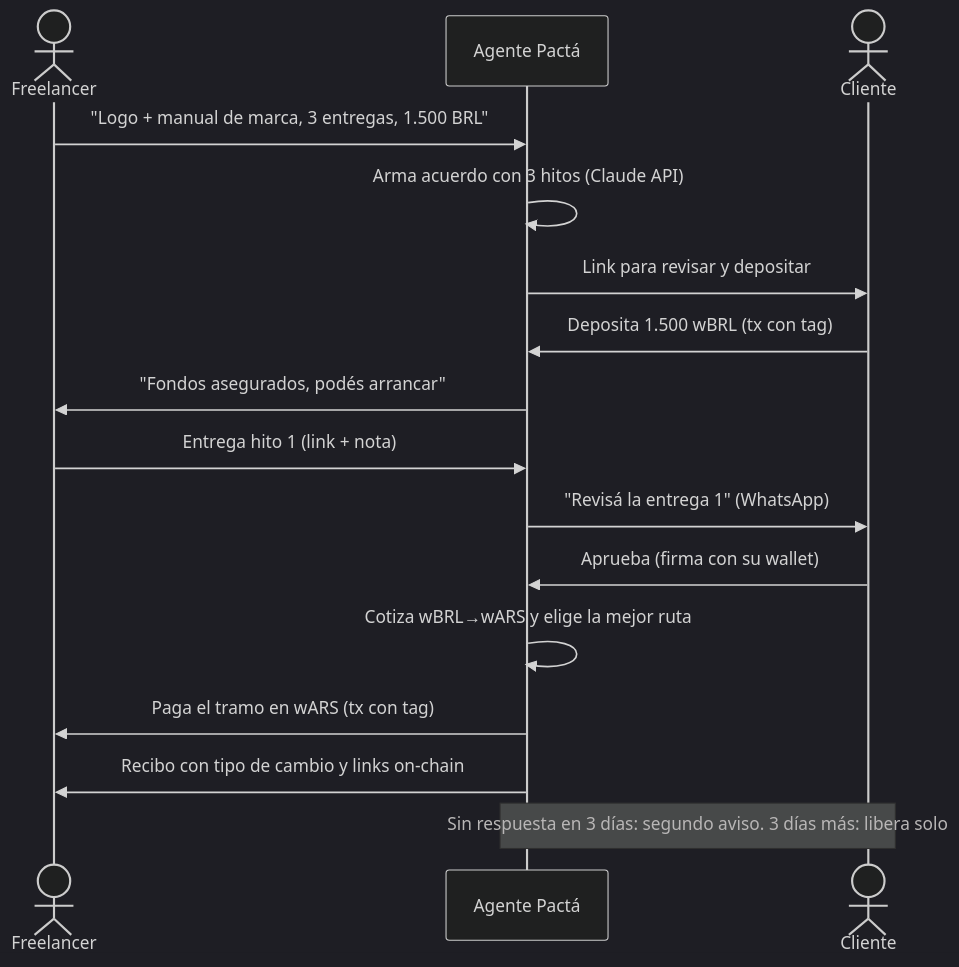
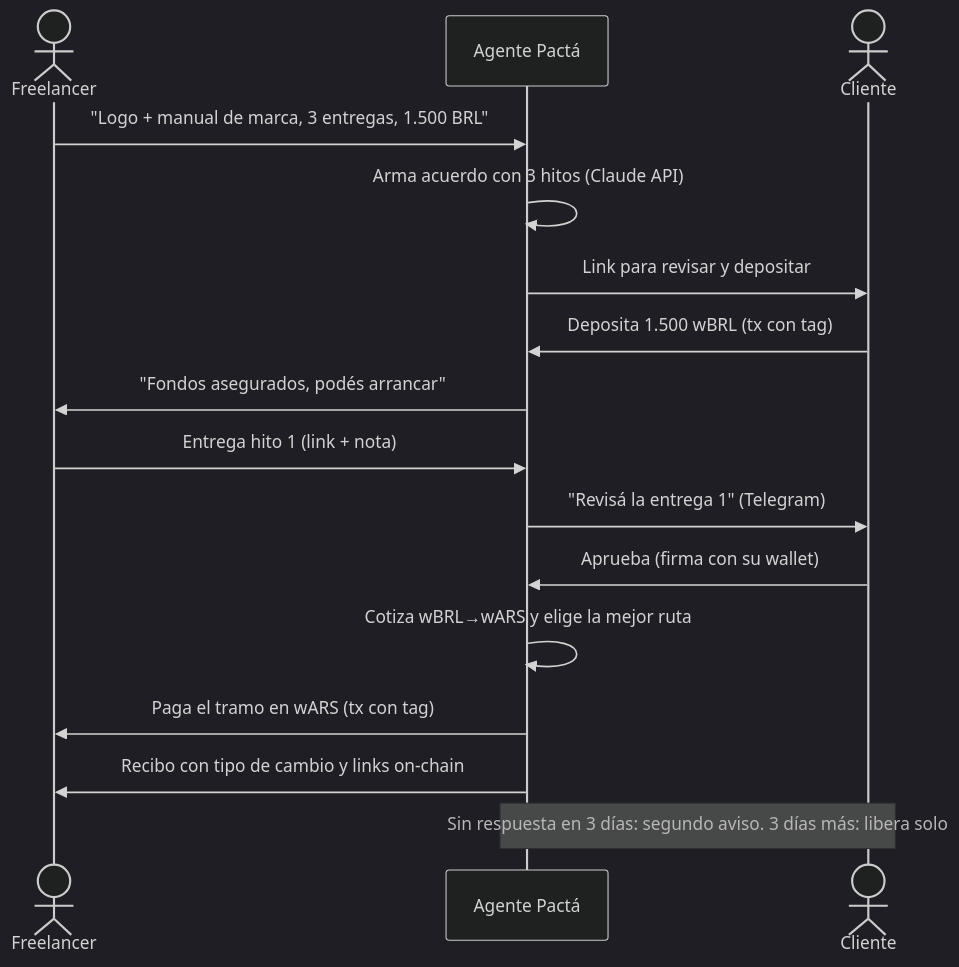
The first of 2 diagrams in docs/PLAN.md (marianelavflora/pacta), drawn with Mermaid (dark theme) before and after one commit. The commit also changed other lines of this file and 12 other files, not shown here.

````diff
--- a/docs/PLAN.md
+++ b/docs/PLAN.md
@@ -29,18 +29,18 @@
 ```mermaid
 sequenceDiagram
   actor F as Freelancer
   participant A as Agente Pactá
   actor C as Cliente
   F->>A: "Logo + manual de marca, 3 entregas, 1.500 BRL"
   A->>A: Arma acuerdo con 3 hitos (Claude API)
   A->>C: Link para revisar y depositar
   C->>A: Deposita 1.500 wBRL (tx con tag)
   A->>F: "Fondos asegurados, podés arrancar"
   F->>A: Entrega hito 1 (link + nota)
-  A->>C: "Revisá la entrega 1" (WhatsApp)
+  A->>C: "Revisá la entrega 1" (Telegram)
   C->>A: Aprueba (firma con su wallet)
   A->>A: Cotiza wBRL→wARS y elige la mejor ruta
   A->>F: Paga el tramo en wARS (tx con tag)
   A->>F: Recibo con tipo de cambio y links on-chain
   Note over A,C: Sin respuesta en 3 días: segundo aviso. 3 días más: libera solo
 ```
````
